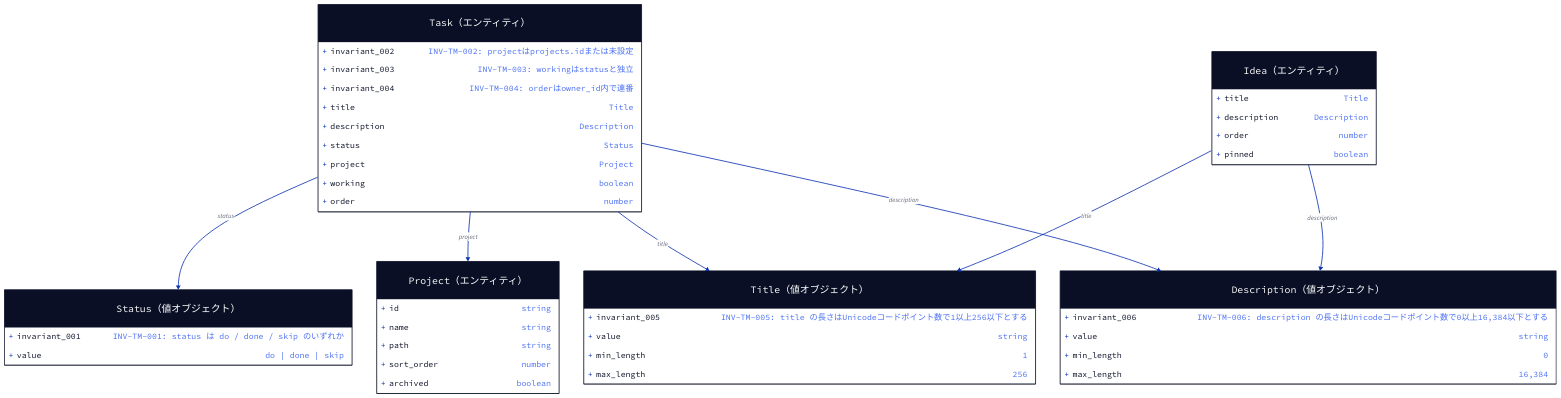
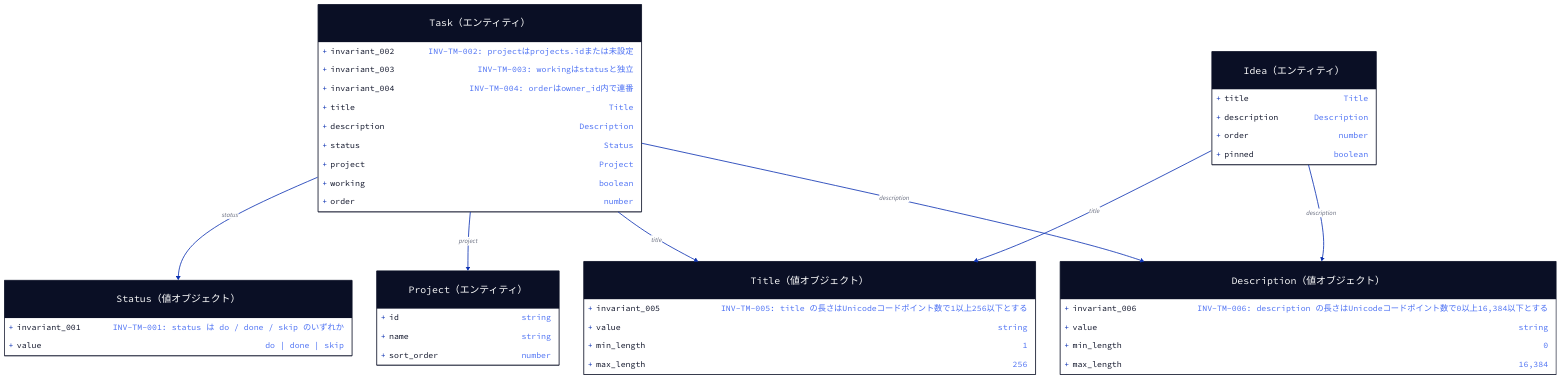
One commit to ruuto301/SIFTQ changed the diagram in docs/requirements/assets/domain-model/domain-model.d2. Above: the diagram before and after it, drawn with D2. The commit also changed 41 other files, not shown here.

```diff
--- a/docs/requirements/assets/domain-model/domain-model.d2
+++ b/docs/requirements/assets/domain-model/domain-model.d2
@@ -1,62 +1,60 @@
 # ドメインモデル図。正本の補助。正本は domain.md と domain-model.json。
 direction: down
 
 task: "Task（エンティティ）" {
   shape: class
   invariant_002: "INV-TM-002: projectはprojects.idまたは未設定"
   invariant_003: "INV-TM-003: workingはstatusと独立"
   invariant_004: "INV-TM-004: orderはowner_id内で連番"
   +title: Title
   +description: Description
   +status: Status
   +project: Project
   +working: boolean
   +order: number
 }
 
 title: "Title（値オブジェクト）" {
   shape: class
   invariant_005: "INV-TM-005: title の長さはUnicodeコードポイント数で1以上256以下とする"
   +value: string
   min_length: "1"
   max_length: "256"
 }
 
 description: "Description（値オブジェクト）" {
   shape: class
   invariant_006: "INV-TM-006: description の長さはUnicodeコードポイント数で0以上16,384以下とする"
   +value: string
   min_length: "0"
   max_length: "16,384"
 }
 
 status: "Status（値オブジェクト）" {
   shape: class
   invariant_001: "INV-TM-001: status は do / done / skip のいずれか"
   +value: do | done | skip
 }
 
 project: "Project（エンティティ）" {
   shape: class
   +id: string
   +name: string
-  +path: string
   +sort_order: number
-  +archived: boolean
 }
 
 task -> status: status
 task -> project: project
 task -> title: title
 task -> description: description
 
 idea: "Idea（エンティティ）" {
   shape: class
   +title: Title
   +description: Description
   +order: number
   +pinned: boolean
 }
 
 idea -> title: title
 idea -> description: description
```
